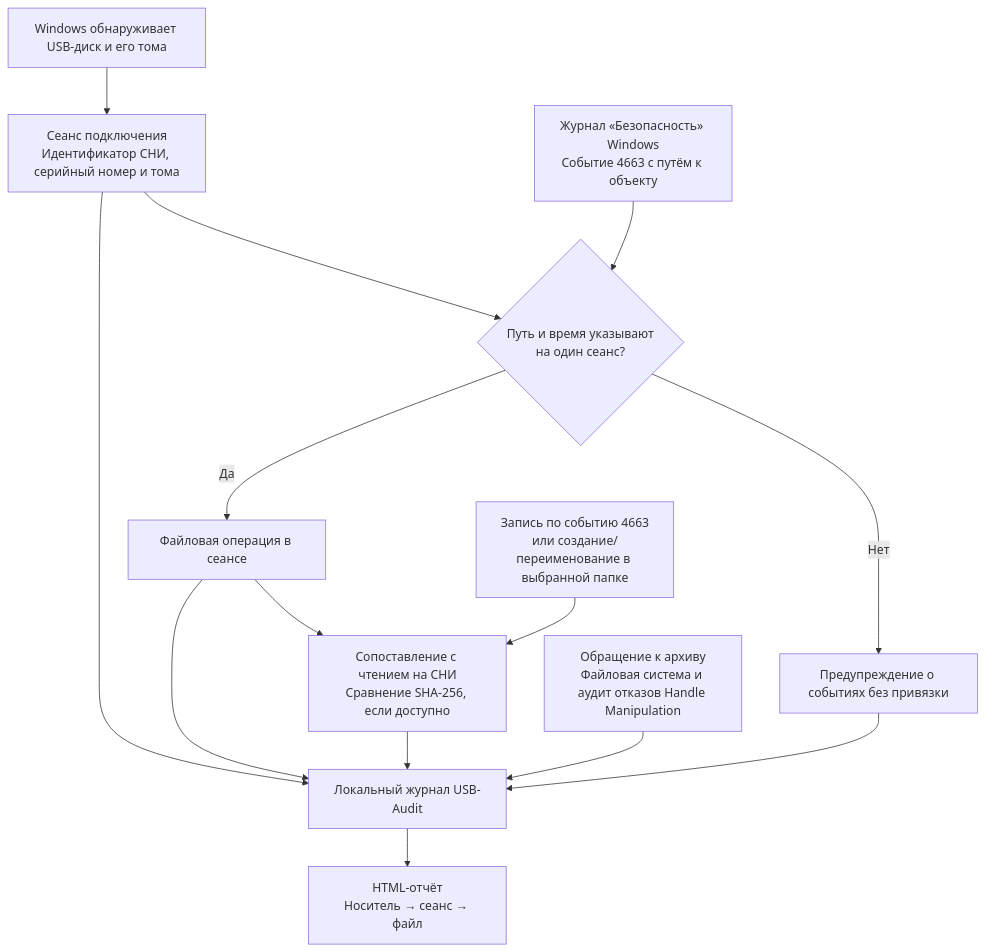
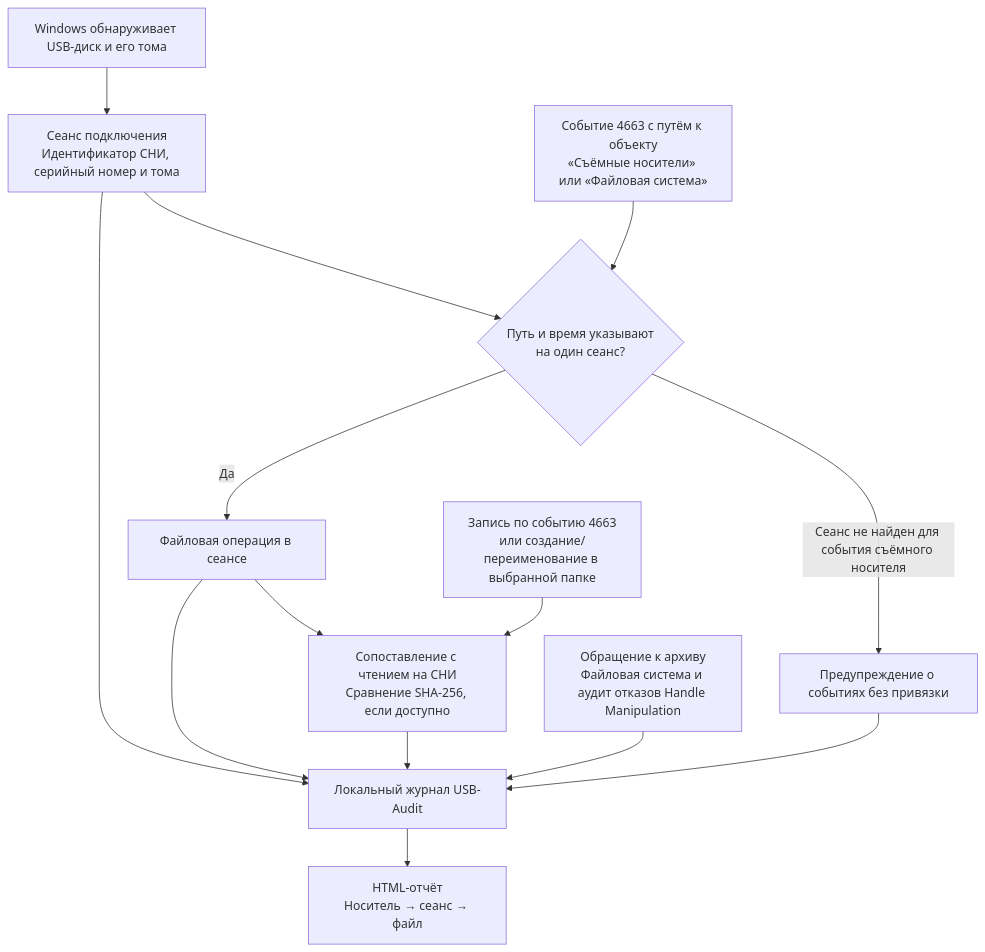
One commit to Amtonsi/usb-audit changed the diagram in README.md. Above: the diagram before and after it, drawn with Mermaid. The commit also changed other lines of this file and 7 other files, not shown here.

````diff
--- a/README.md
+++ b/README.md
@@ -25,27 +25,27 @@
 ```mermaid
 flowchart TB
     disk["Windows обнаруживает USB-диск и его тома"]
     session["Сеанс подключения<br/>Идентификатор СНИ, серийный номер и тома"]
-    eventlog["Журнал «Безопасность» Windows<br/>Событие 4663 с путём к объекту"]
+    eventlog["Событие 4663 с путём к объекту<br/>«Съёмные носители» или «Файловая система»"]
     match{"Путь и время указывают<br/>на один сеанс?"}
     record["Файловая операция в сеансе"]
     notice["Предупреждение о событиях без привязки"]
     local["Запись по событию 4663<br/>или создание/переименование в выбранной папке"]
     pair["Сопоставление с чтением на СНИ<br/>Сравнение SHA-256, если доступно"]
     archive["Обращение к архиву<br/>Файловая система и аудит отказов Handle Manipulation"]
     log["Локальный журнал USB-Audit"]
     report["HTML-отчёт<br/>Носитель → сеанс → файл"]
     disk --> session
     session --> match
     eventlog --> match
     match -->|Да| record
-    match -->|Нет| notice
+    match -->|Сеанс не найден для события съёмного носителя| notice
     session --> log
     record --> log
     record --> pair
     local --> pair
     pair --> log
     archive --> log
     notice --> log
     log --> report
 ```
````
